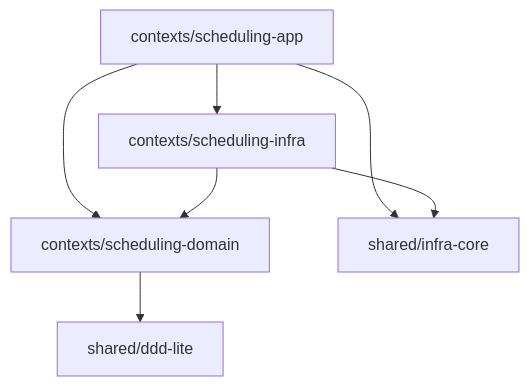
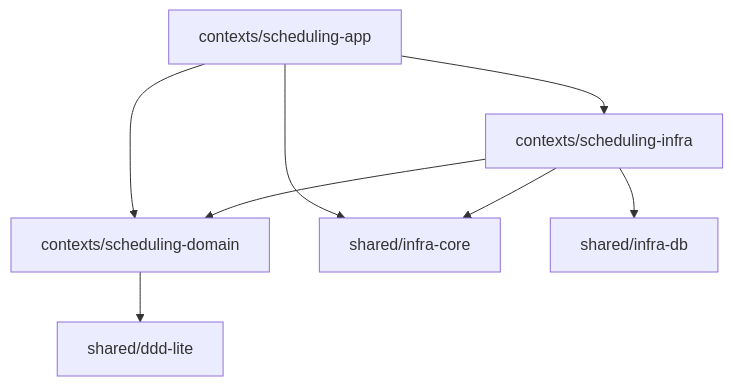
One commit to evan-liu/cal.com.alt changed the diagram in README.md. Above: the diagram before and after it, drawn with Mermaid.

Commit message:
📝 Update dependency diagram in README with `InfraDb` additions

````diff
--- a/README.md
+++ b/README.md
@@ -40,15 +40,17 @@
 ```mermaid
 graph TB
   App[contexts/scheduling-app]
   Infra[contexts/scheduling-infra]
   Domain[contexts/scheduling-domain]
   DDD[shared/ddd-lite]
   InfraCore[shared/infra-core]
+  InfraDb[shared/infra-db]
 
   App --> Infra
   App --> Domain
   App --> InfraCore
   Infra --> InfraCore
   Infra --> Domain
+  Infra --> InfraDb
   Domain --> DDD
 ```
````
